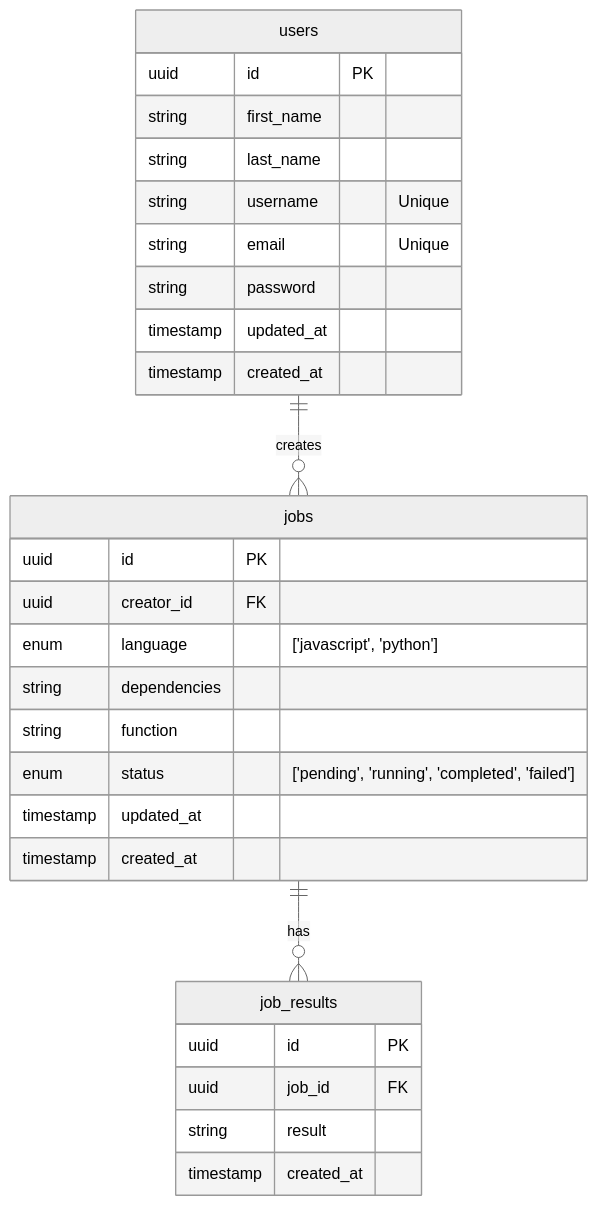
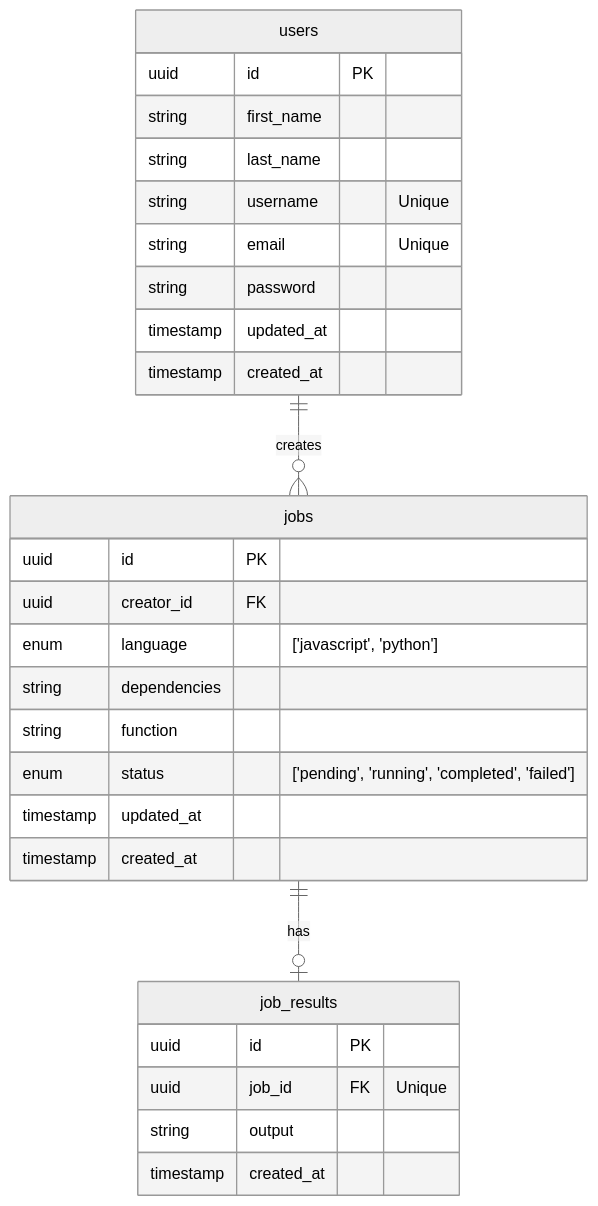
One commit to luisync/Job-Queue changed the diagram in README.md. Above: the diagram before and after it, drawn with Mermaid (neutral theme).

Commit message:
Further updated database model.

````diff
--- a/README.md
+++ b/README.md
@@ -13,31 +13,31 @@
 ```mermaid
 erDiagram
   users ||--o{ jobs : creates
   users {
       uuid id PK
       string first_name
       string last_name
       string username "Unique"
       string email "Unique"
       string password
       timestamp updated_at
       timestamp created_at
   }
-  jobs ||--o{ job_results : has
+  jobs ||--o| job_results : has
   jobs {
       uuid id PK
       uuid creator_id FK
       enum language "['javascript', 'python']"
       string dependencies
       string function
       enum status "['pending', 'running', 'completed', 'failed']"
       timestamp updated_at
       timestamp created_at
   }
   job_results {
       uuid id PK
-      uuid job_id FK
-      string result
+      uuid job_id FK "Unique"
+      string output
       timestamp created_at
   }
 ```
````
